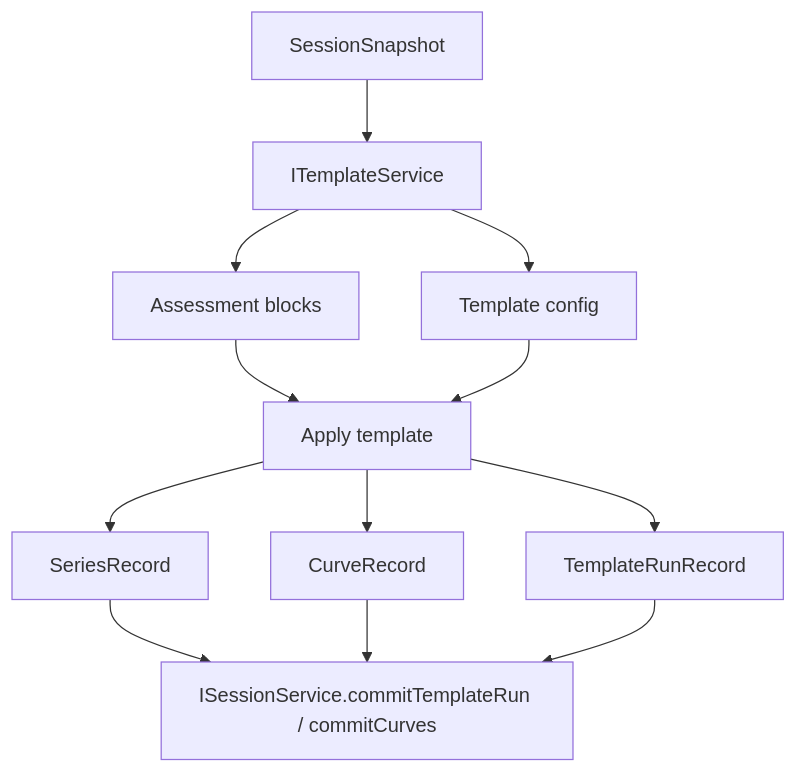
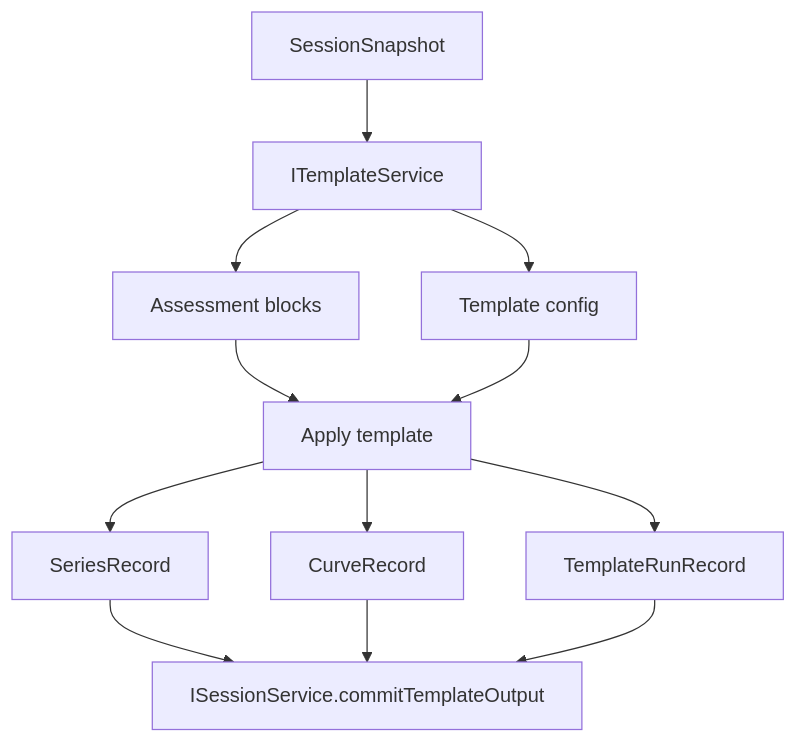
The sixth of 8 diagrams in .github/instructions/architecture.instructions.md (chogng/conductor), drawn with Mermaid before and after one commit. The commit also changed other lines of this file and 22 other files, not shown here.

Commit message:
Add template output commit and pending source sync

````diff
--- a/.github/instructions/architecture.instructions.md
+++ b/.github/instructions/architecture.instructions.md
@@ -723,14 +723,14 @@
 ```mermaid
 flowchart TD
     Snapshot[SessionSnapshot] --> Template[ITemplateService]
     Template --> Blocks[Assessment blocks]
     Template --> Config[Template config]
     Blocks --> Apply[Apply template]
     Config --> Apply
     Apply --> Series[SeriesRecord]
     Apply --> Curves[CurveRecord]
     Apply --> Run[TemplateRunRecord]
-    Series --> Commit[ISessionService.commitTemplateRun / commitCurves]
+    Series --> Commit[ISessionService.commitTemplateOutput]
     Curves --> Commit
     Run --> Commit
 ```
````
